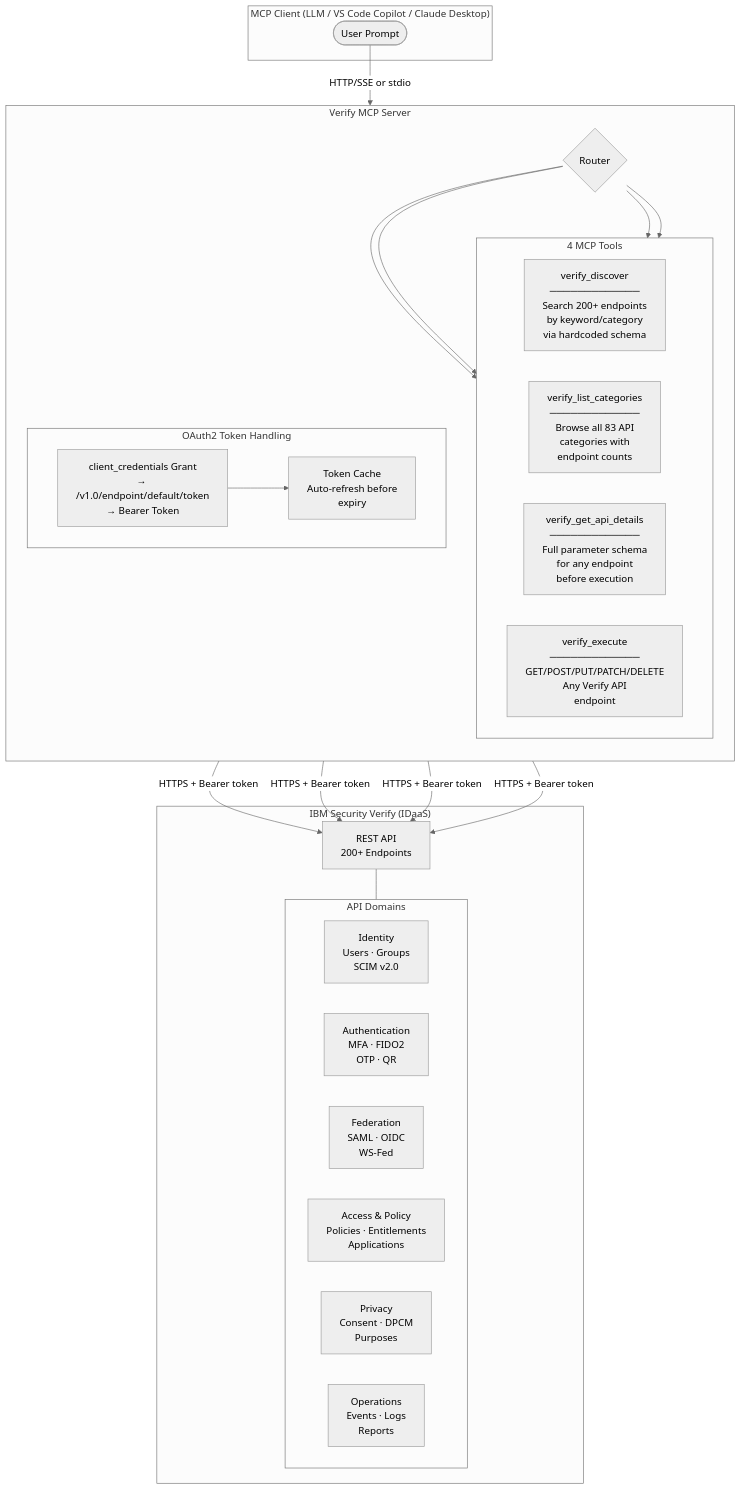
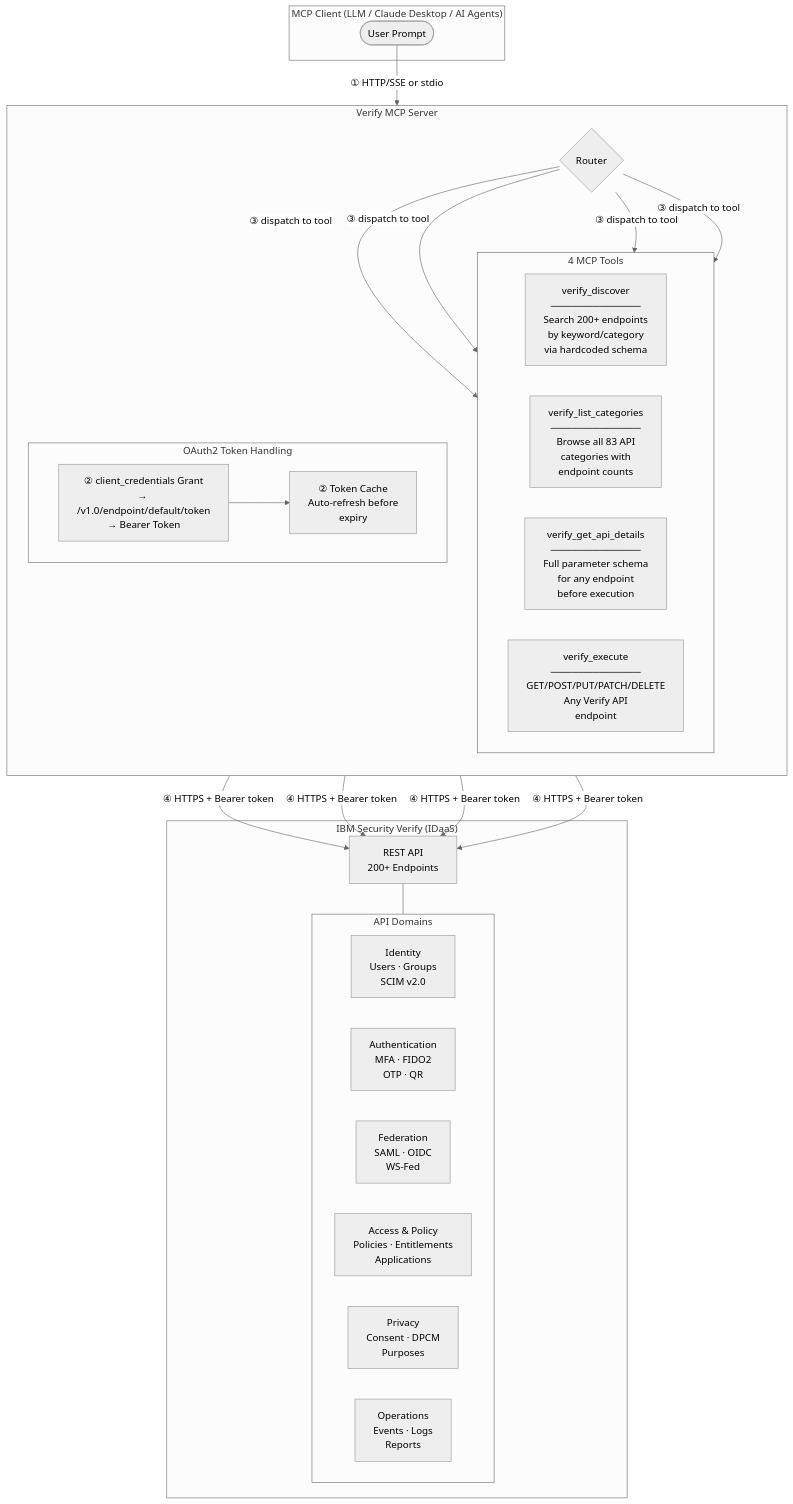
One commit to IBM/verify-mcp-server changed the second of 4 diagrams in README.md. Above: the diagram before and after it, drawn with Mermaid (neutral theme). The commit also changed other lines of this file, not shown here.

Commit message:
docs: improve diagrams, remove VS Code Copilot section, update contacts

````diff
--- a/README.md
+++ b/README.md
@@ -260,45 +247,45 @@
 ```mermaid
 flowchart TB
-    subgraph CLIENT["MCP Client (LLM / VS Code Copilot / Claude Desktop)"]
+    subgraph CLIENT["MCP Client (LLM / Claude Desktop / AI Agents)"]
         U([User Prompt])
     end
 
     subgraph MCP["Verify MCP Server"]
         direction TB
         T{Router}
 
         subgraph TOOLS["4 MCP Tools"]
             direction LR
             T1["verify_discover\n─────────────\nSearch 200+ endpoints\nby keyword/category\nvia hardcoded schema"]
             T2["verify_list_categories\n─────────────\nBrowse all 83 API\ncategories with\nendpoint counts"]
             T3["verify_get_api_details\n─────────────\nFull parameter schema\nfor any endpoint\nbefore execution"]
             T4["verify_execute\n─────────────\nGET/POST/PUT/PATCH/DELETE\nAny Verify API\nendpoint"]
         end
 
         subgraph AUTH["OAuth2 Token Handling"]
             direction LR
-            CC["client_credentials Grant\n→ /v1.0/endpoint/default/token\n→ Bearer Token"]
-            CACHE["Token Cache\nAuto-refresh before\nexpiry"]
+            CC["② client_credentials Grant\n→ /v1.0/endpoint/default/token\n→ Bearer Token"]
+            CACHE["② Token Cache\nAuto-refresh before\nexpiry"]
         end
 
         CC --> CACHE
     end
 
     subgraph VERIFY["IBM Security Verify (IDaaS)"]
         API["REST API\n200+ Endpoints"]
         subgraph CATEGORIES["API Domains"]
             direction LR
             C1["Identity\nUsers · Groups\nSCIM v2.0"]
             C2["Authentication\nMFA · FIDO2\nOTP · QR"]
             C3["Federation\nSAML · OIDC\nWS-Fed"]
             C4["Access & Policy\nPolicies · Entitlements\nApplications"]
             C5["Privacy\nConsent · DPCM\nPurposes"]
             C6["Operations\nEvents · Logs\nReports"]
         end
     end
 
-    U -->|"HTTP/SSE or stdio"| T
-    T --> T1 & T2 & T3 & T4
-    T1 & T2 & T3 & T4 -->|"HTTPS + Bearer token"| API
+    U -->|"① HTTP/SSE or stdio"| T
+    T -->|"③ dispatch to tool"| T1 & T2 & T3 & T4
+    T1 & T2 & T3 & T4 -->|"④ HTTPS + Bearer token"| API
     API --- CATEGORIES
 ```
````
